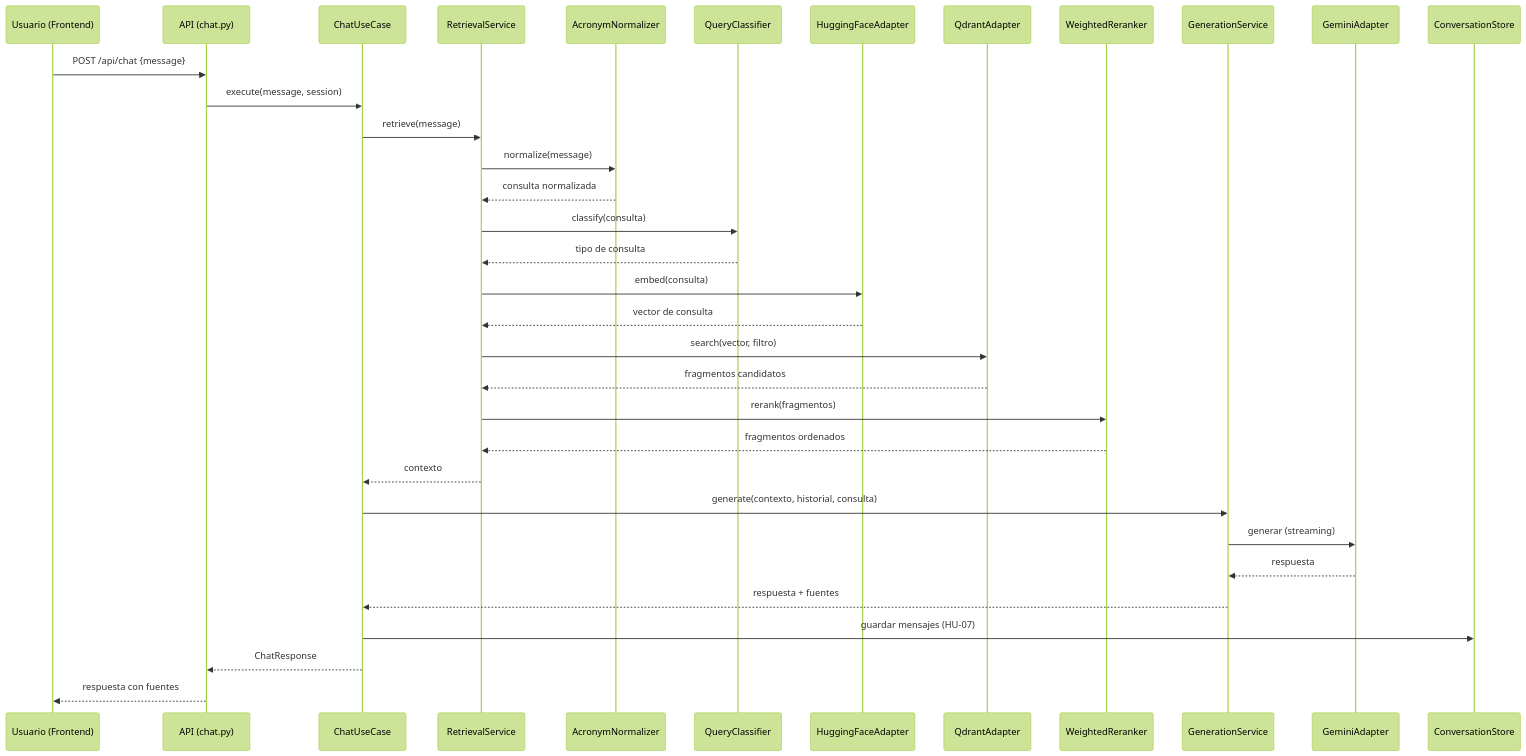
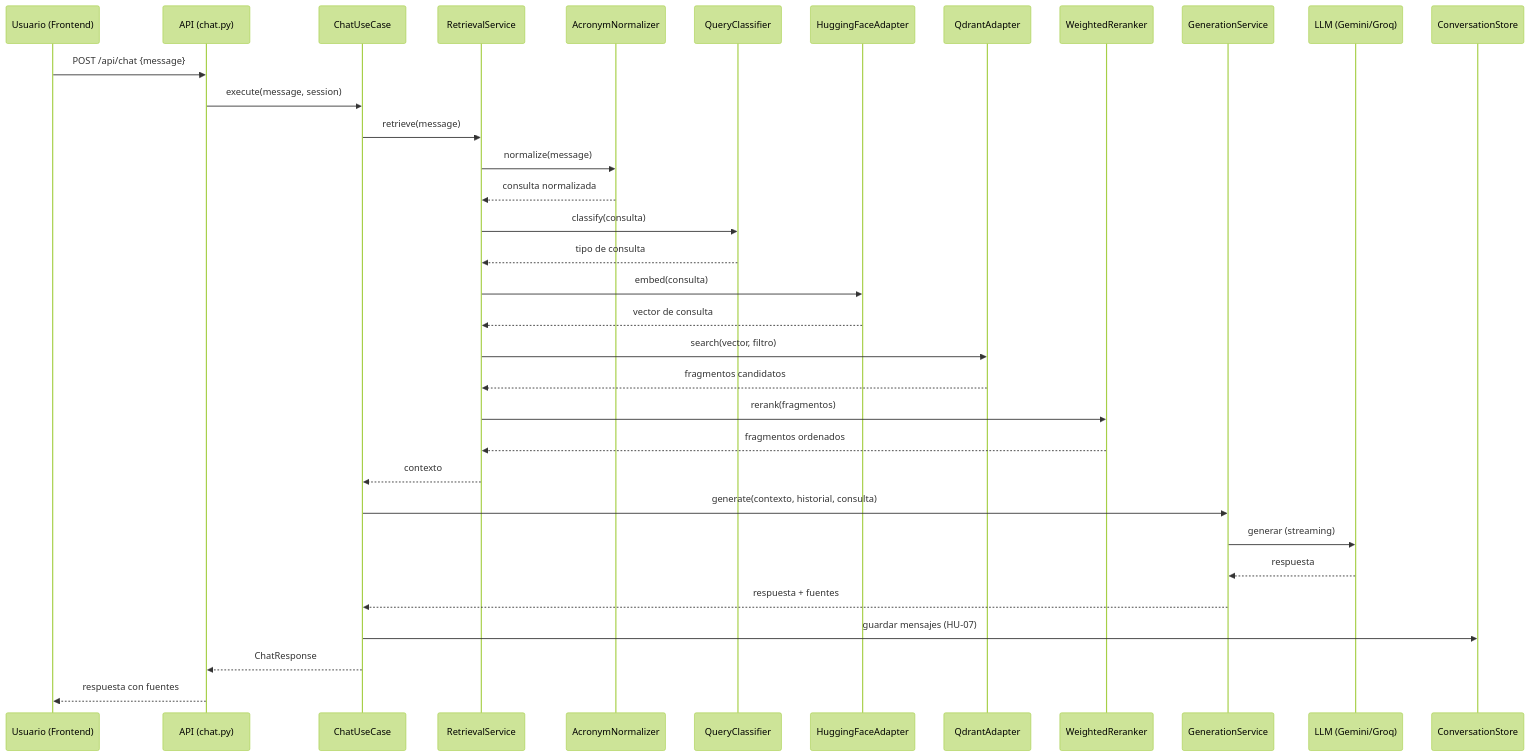
Before and after one commit to ScMateo/Arquitectura_RAG: the sixth of 7 diagrams in docs/ARQUITECTURA_MODULAR.md, drawn with Mermaid (forest theme). The commit also changed other lines of this file and 3 other files, not shown here.

Commit message:
docs: documentar proveedor Groq, cuota y seleccion LLM

````diff
--- a/docs/ARQUITECTURA_MODULAR.md
+++ b/docs/ARQUITECTURA_MODULAR.md
@@ -196,37 +196,37 @@
 ```mermaid
 sequenceDiagram
     participant U as Usuario (Frontend)
     participant A as API (chat.py)
     participant C as ChatUseCase
     participant R as RetrievalService
     participant N as AcronymNormalizer
     participant Q as QueryClassifier
     participant E as HuggingFaceAdapter
     participant V as QdrantAdapter
     participant W as WeightedReranker
     participant G as GenerationService
-    participant L as GeminiAdapter
+    participant L as LLM (Gemini/Groq)
     participant S as ConversationStore
 
     U->>A: POST /api/chat {message}
     A->>C: execute(message, session)
     C->>R: retrieve(message)
     R->>N: normalize(message)
     N-->>R: consulta normalizada
     R->>Q: classify(consulta)
     Q-->>R: tipo de consulta
     R->>E: embed(consulta)
     E-->>R: vector de consulta
     R->>V: search(vector, filtro)
     V-->>R: fragmentos candidatos
     R->>W: rerank(fragmentos)
     W-->>R: fragmentos ordenados
     R-->>C: contexto
     C->>G: generate(contexto, historial, consulta)
     G->>L: generar (streaming)
     L-->>G: respuesta
     G-->>C: respuesta + fuentes
     C->>S: guardar mensajes (HU-07)
     C-->>A: ChatResponse
     A-->>U: respuesta con fuentes
 ```
````
